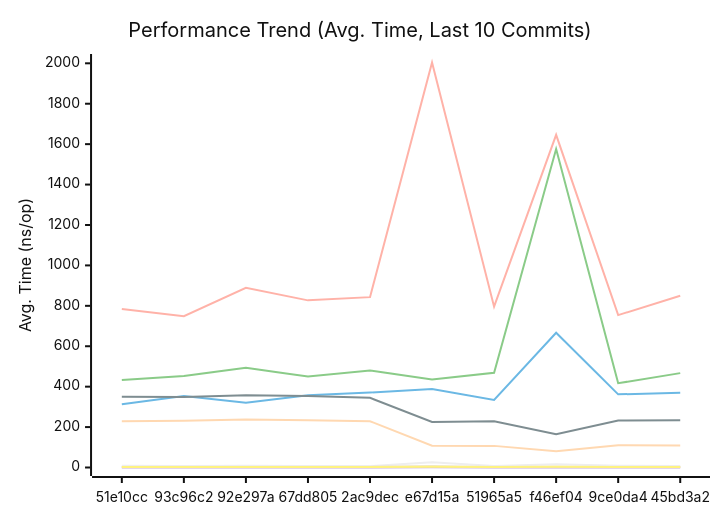
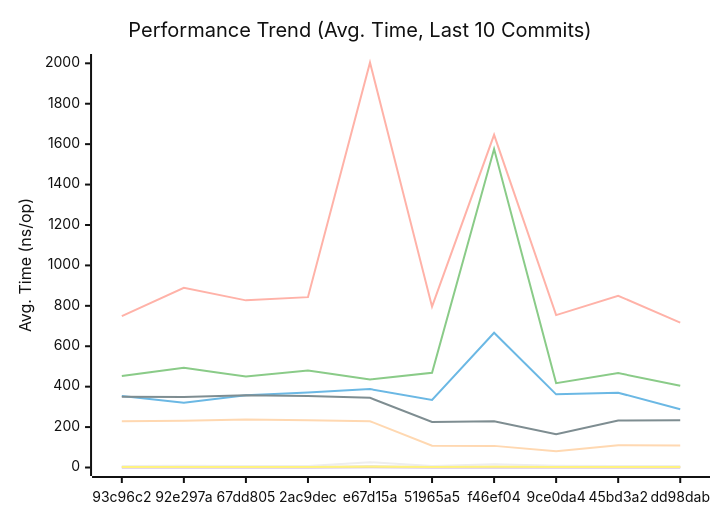
The first of 3 diagrams in docs/PERFORMANCE.md (alsotoes/momo), drawn with Mermaid (neutral theme) before and after one commit. The commit also changed other lines of this file and 11 other files, not shown here.

````diff
--- a/docs/PERFORMANCE.md
+++ b/docs/PERFORMANCE.md
@@ -80,16 +80,16 @@
 ```mermaid
 xychart-beta
     title "Performance Trend (Avg. Time, Last 10 Commits)"
     x-axis "Commit"
     y-axis "Avg. Time (ns/op)"
-    x-axis [51e10cc,93c96c2,92e297a,67dd805,2ac9dec,e67d15a,51965a5,f46ef04,9ce0da4,45bd3a2]
-    line "CheckMetricsAndSwap" [9,7,9,8,7,26,8,16,9,8]
-    line "CrushOptimized" [313,354,320,357,371,388,334,667,362,370]
-    line "CrushOriginal" [433,453,493,450,480,436,469,1576,417,467]
-    line "IndexDirectTracking" [0,0,0,0,0,1,0,0,0,0]
-    line "IndexSearch" [3,3,3,3,3,6,3,4,3,3]
-    line "LoadGlobalConfig" [784,749,889,827,843,2004,796,1646,754,850]
-    line "PadString" [2,2,2,2,2,4,2,4,2,3]
+    x-axis [93c96c2,92e297a,67dd805,2ac9dec,e67d15a,51965a5,f46ef04,9ce0da4,45bd3a2,dd98dab]
+    line "CheckMetricsAndSwap" [7,9,8,7,26,8,16,9,8,7]
+    line "CrushOptimized" [354,320,357,371,388,334,667,362,370,288]
+    line "CrushOriginal" [453,493,450,480,436,469,1576,417,467,405]
+    line "IndexDirectTracking" [0,0,0,0,1,0,0,0,0,0]
+    line "IndexSearch" [3,3,3,3,6,3,4,3,3,3]
+    line "LoadGlobalConfig" [749,889,827,843,2004,796,1646,754,850,717]
+    line "PadString" [2,2,2,2,4,2,4,2,3,2]
     line "ParseReplicationOrder_NoPrealloc" [350,349,357,354,345,225,229,165,232,234]
     line "ParseReplicationOrder_Prealloc" [229,231,237,234,229,108,107,80,110,109]
 ```
````
